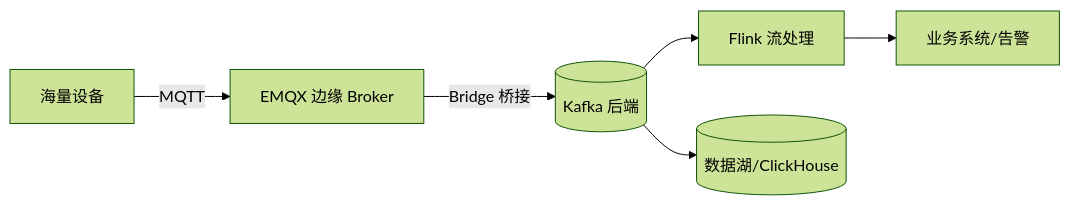
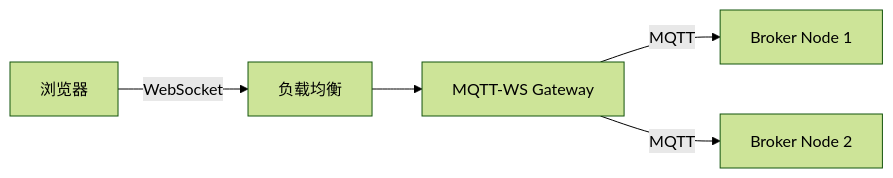
The fourth of 4 diagrams in 基础知识/中间件/MQTT与消息broker.md (tghrxxxyyy/knowledge-base), drawn with Mermaid (forest theme) before and after one commit. The commit also changed other lines of this file and 9 other files, not shown here.

````diff
--- a/基础知识/中间件/MQTT与消息broker.md
+++ b/基础知识/中间件/MQTT与消息broker.md
@@ -94,8 +445,7 @@
 ```mermaid
 graph LR
-  Devices[海量设备] -->|MQTT| Edge[EMQX 边缘 Broker]
-  Edge -->|Bridge 桥接| Kafka[(Kafka 后端)]
-  Kafka --> Flink[Flink 流处理]
-  Kafka --> Warehouse[(数据湖/ClickHouse)]
-  Flink --> App[业务系统/告警]
+    B[浏览器] -->|WebSocket| LB[负载均衡]
+    LB --> GW[MQTT-WS Gateway]
+    GW -->|MQTT| B1[Broker Node 1]
+    GW -->|MQTT| B2[Broker Node 2]
 ```
````
